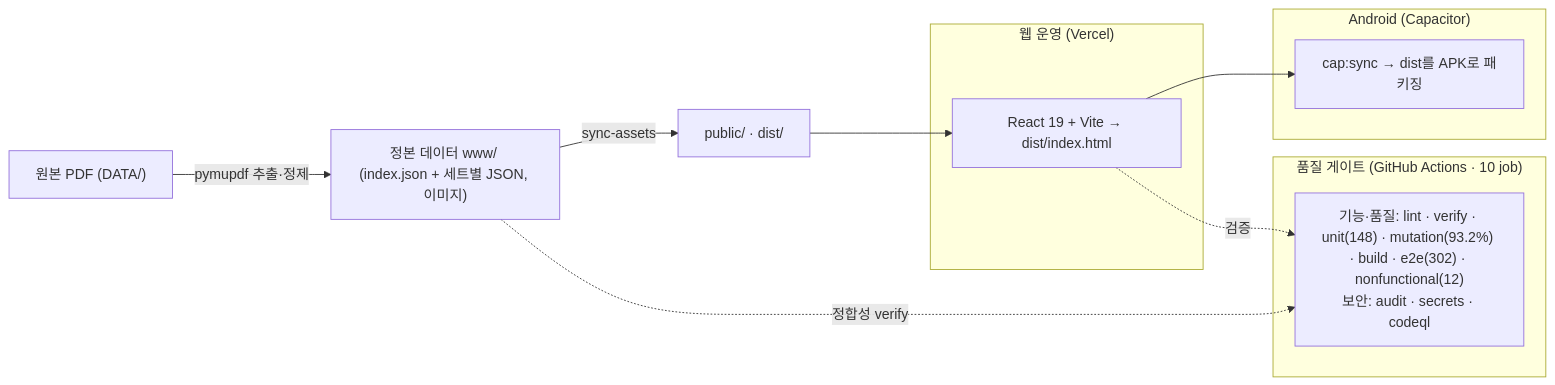
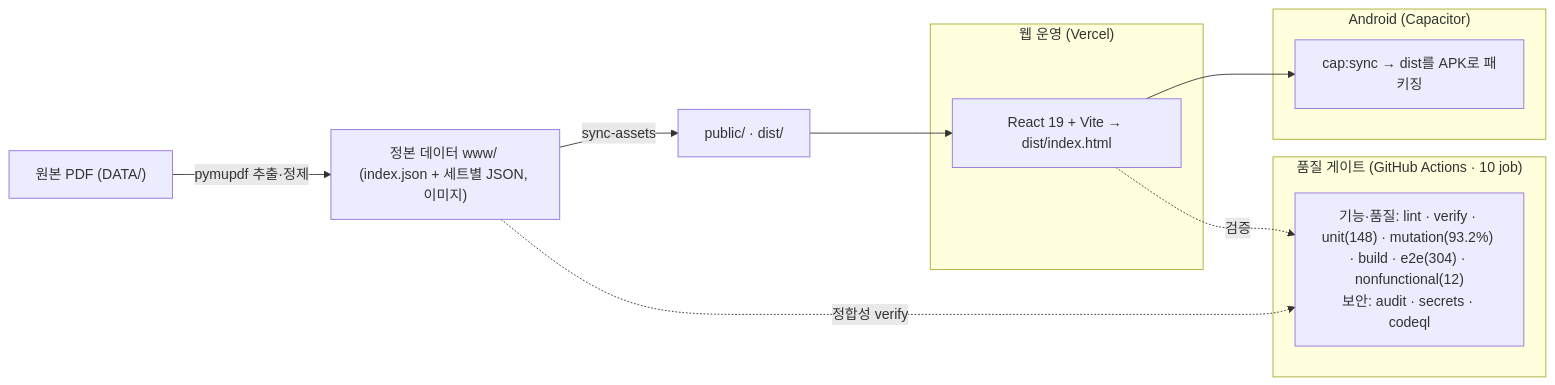
One commit to WindowHyun/ISTQB changed the diagram in README.md. Above: the diagram before and after it, drawn with Mermaid. The commit also changed other lines of this file and 7 other files, not shown here.

````diff
--- a/README.md
+++ b/README.md
@@ -179,20 +180,20 @@
 ```mermaid
 flowchart LR
   PDF["원본 PDF (DATA/)"] -->|pymupdf 추출·정제| SRC["정본 데이터 www/ (index.json + 세트별 JSON, 이미지)"]
   SRC -->|sync-assets| PUB["public/ · dist/"]
 
   subgraph 웹_운영["웹 운영 (Vercel)"]
     REACT["React 19 + Vite → dist/index.html"]
   end
   subgraph APK["Android (Capacitor)"]
     CAP["cap:sync → dist를 APK로 패키징"]
   end
   PUB --> REACT
   REACT --> CAP
 
   subgraph 품질["품질 게이트 (GitHub Actions · 10 job)"]
-    CI["기능·품질: lint · verify · unit(148) · mutation(93.2%) · build · e2e(302) · nonfunctional(12)<br/>보안: audit · secrets · codeql"]
+    CI["기능·품질: lint · verify · unit(148) · mutation(93.2%) · build · e2e(304) · nonfunctional(12)<br/>보안: audit · secrets · codeql"]
   end
   REACT -.검증.-> CI
   SRC -.정합성 verify.-> CI
 ```
````
